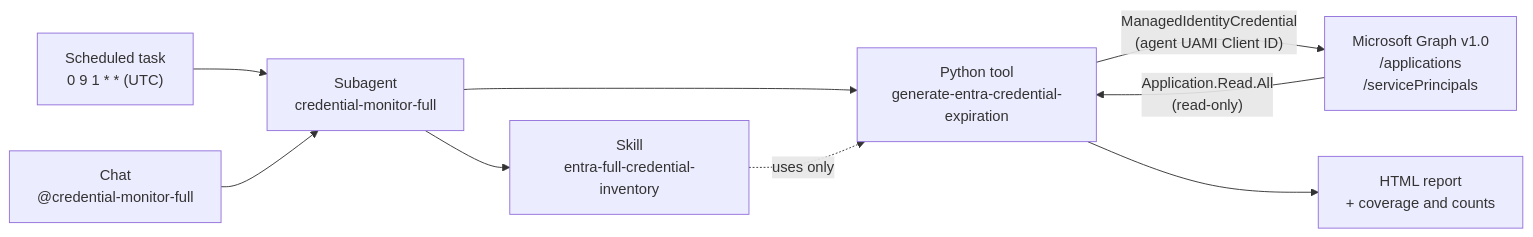
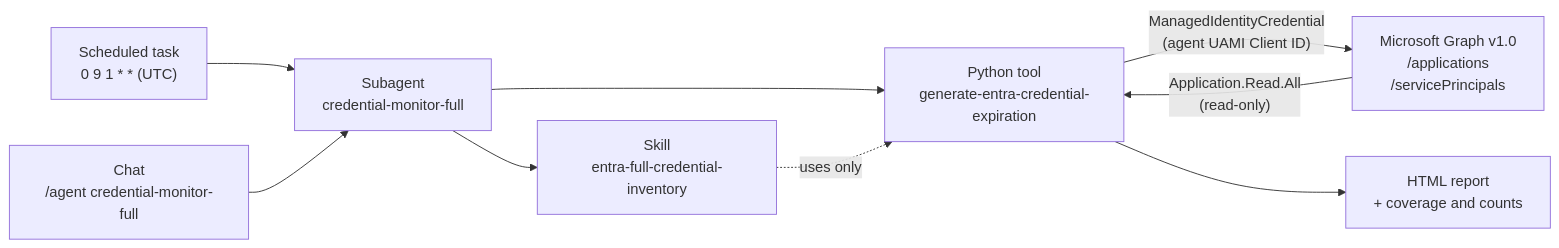
The first of 2 diagrams in 01-entra-credential-expiration-audit/README.md (marioaguileraaa/sre-agent-use-cases), drawn with Mermaid before and after one commit. The commit also changed other lines of this file and 3 other files, not shown here.

````diff
--- a/01-entra-credential-expiration-audit/README.md
+++ b/01-entra-credential-expiration-audit/README.md
@@ -85,11 +85,11 @@
 ```mermaid
 flowchart LR
     T["Scheduled task<br/>0 9 1 * * (UTC)"] --> S["Subagent<br/>credential-monitor-full"]
-    C["Chat<br/>@credential-monitor-full"] --> S
+    C["Chat<br/>/agent credential-monitor-full"] --> S
     S --> K["Skill<br/>entra-full-credential-inventory"]
     S --> P["Python tool<br/>generate-entra-credential-expiration"]
     K -.->|uses only| P
     P -->|"ManagedIdentityCredential<br/>(agent UAMI Client ID)"| G["Microsoft Graph v1.0<br/>/applications<br/>/servicePrincipals"]
     G -->|"Application.Read.All<br/>(read-only)"| P
     P --> R["HTML report<br/>+ coverage and counts"]
 ```
````
